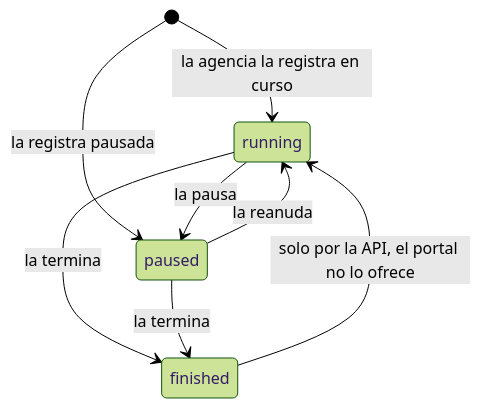
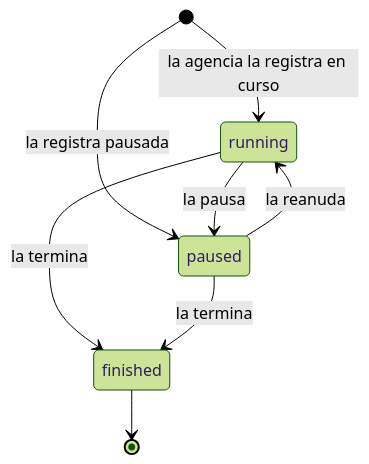
Before and after one commit to TechnicalBridge/DataBridge: the fourth of 8 diagrams in docs/diagramas/estados.md, drawn with Mermaid (forest theme). The commit also changed other lines of this file and 4 other files, not shown here.

````diff
--- a/docs/diagramas/estados.md
+++ b/docs/diagramas/estados.md
@@ -132,10 +132,10 @@
 ```mermaid
 stateDiagram-v2
     [*] --> running: la agencia la registra en curso
     [*] --> paused: la registra pausada
     running --> paused: la pausa
     paused --> running: la reanuda
     running --> finished: la termina
     paused --> finished: la termina
-    finished --> running: solo por la API, el portal no lo ofrece
+    finished --> [*]
 ```
````
